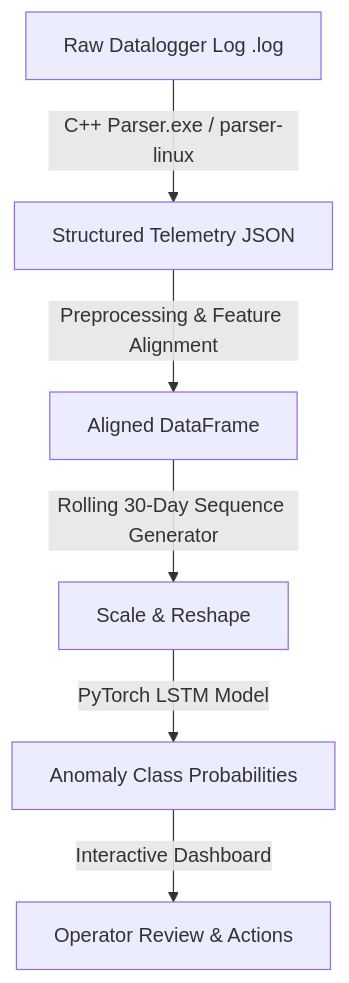
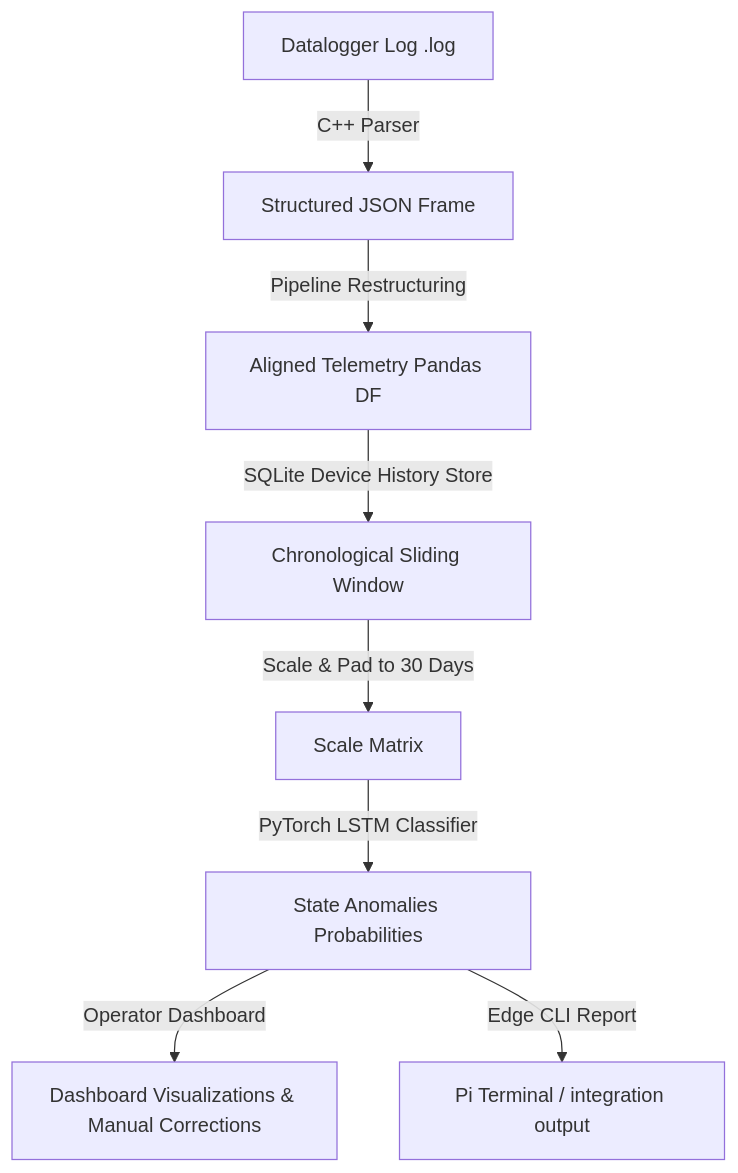
The diagram in README.md (ImadElharchaoui/SolarPanelAnomalyDetection), drawn with Mermaid before and after one commit. The commit also changed other lines of this file and 7 other files, not shown here.

````diff
--- a/README.md
+++ b/README.md
@@ -76,8 +97,10 @@
 ```mermaid
 graph TD
-    A[Raw Datalogger Log .log] -->|C++ Parser.exe / parser-linux| B[Structured Telemetry JSON]
-    B -->|Preprocessing & Feature Alignment| C[Aligned DataFrame]
-    C -->|Rolling 30-Day Sequence Generator| D[Scale & Reshape]
-    D -->|PyTorch LSTM Model| E[Anomaly Class Probabilities]
-    E -->|Interactive Dashboard| F[Operator Review & Actions]
+    A[Datalogger Log .log] -->|C++ Parser| B[Structured JSON Frame]
+    B -->|Pipeline Restructuring| C[Aligned Telemetry Pandas DF]
+    C -->|SQLite Device History Store| D[Chronological Sliding Window]
+    D -->|Scale & Pad to 30 Days| E[Scale Matrix]
+    E -->|PyTorch LSTM Classifier| F[State Anomalies Probabilities]
+    F -->|Operator Dashboard| G[Dashboard Visualizations & Manual Corrections]
+    F -->|Edge CLI Report| H[Pi Terminal / integration output]
 ```
````
